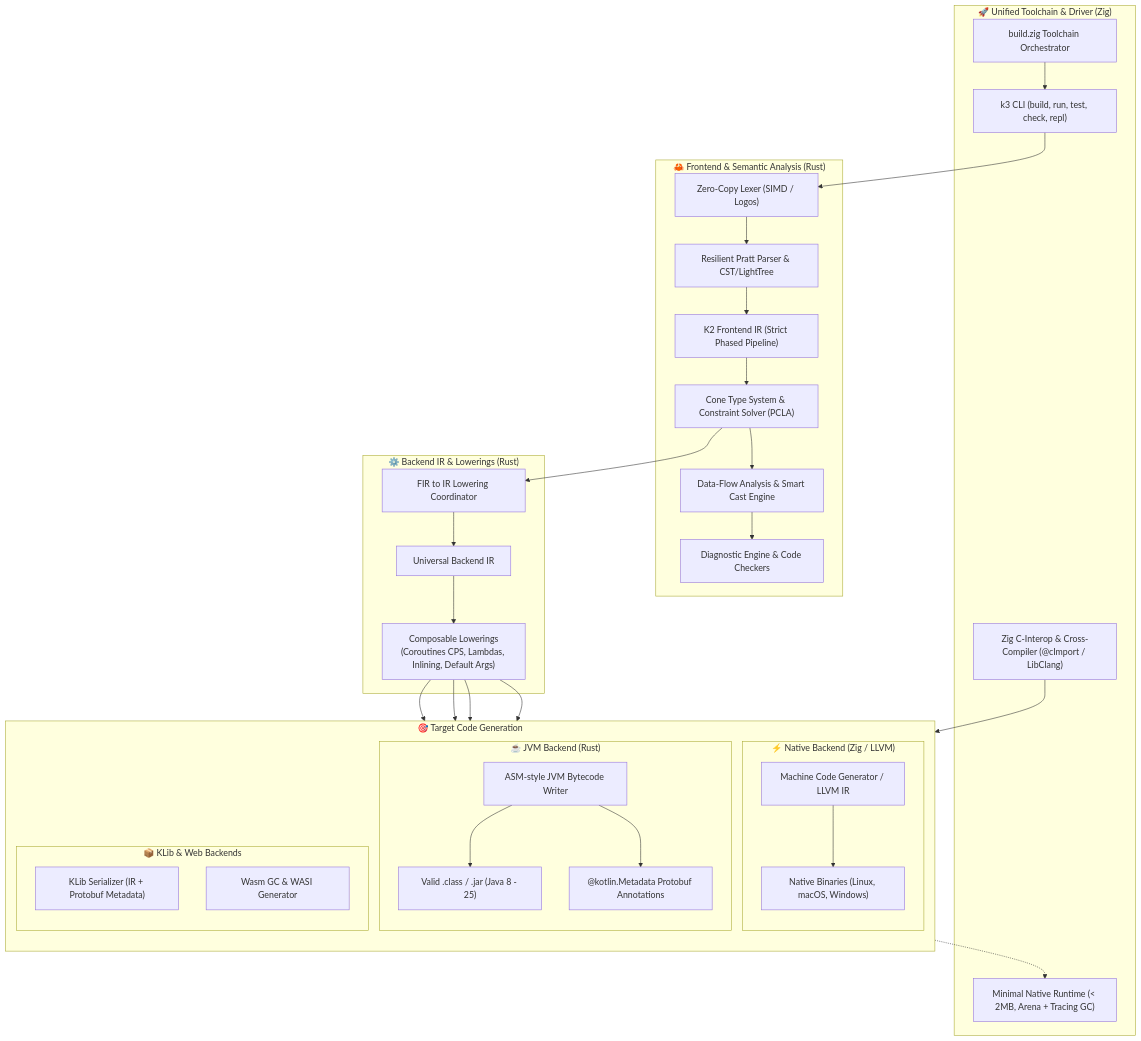
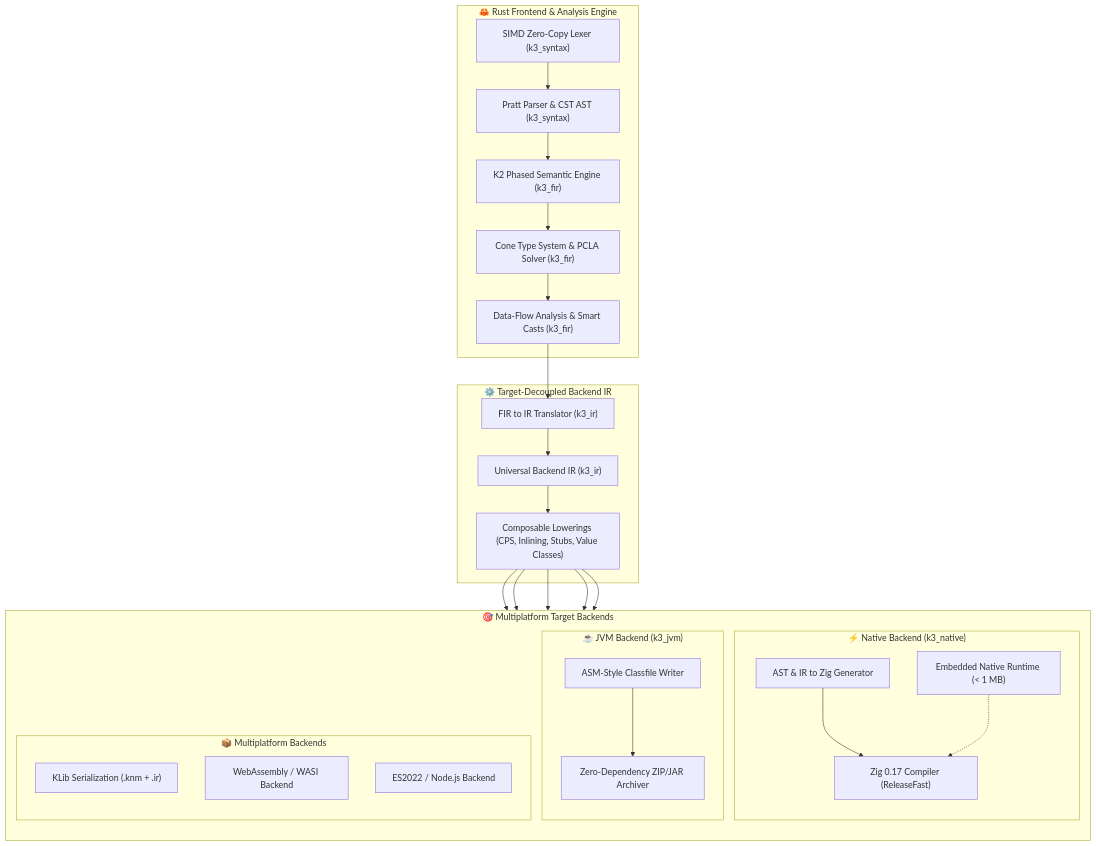
Before and after one commit to babar-xagi/kotlin3: the diagram in ROADMAP.md, drawn with Mermaid. The commit also changed other lines of this file and 3 other files, not shown here.

First line of the commit message:
docs: expand master engineering roadmap to 62 phases & add comprehensive user guide

````diff
--- a/ROADMAP.md
+++ b/ROADMAP.md
@@ -18,53 +20,42 @@
 ```mermaid
 flowchart TD
-    subgraph ToolchainDriver ["🚀 Unified Toolchain & Driver (Zig)"]
-        CLI["k3 CLI (build, run, test, check, repl)"]
-        ZigBuild["build.zig Toolchain Orchestrator"]
-        NativeRT["Minimal Native Runtime (< 2MB, Arena + Tracing GC)"]
-        CInterop["Zig C-Interop & Cross-Compiler (@cImport / LibClang)"]
+    subgraph Frontend ["🦀 Rust Frontend & Analysis Engine"]
+        SIMD["SIMD Zero-Copy Lexer (k3_syntax)"]
+        Parser["Pratt Parser & CST AST (k3_syntax)"]
+        FIR["K2 Phased Semantic Engine (k3_fir)"]
+        Cone["Cone Type System & PCLA Solver (k3_fir)"]
+        DFA["Data-Flow Analysis & Smart Casts (k3_fir)"]
     end
 
-    subgraph RustFrontend ["🦀 Frontend & Semantic Analysis (Rust)"]
-        Lexer["Zero-Copy Lexer (SIMD / Logos)"]
-        Parser["Resilient Pratt Parser & CST/LightTree"]
-        FIR["K2 Frontend IR (Strict Phased Pipeline)"]
-        ConeTypes["Cone Type System & Constraint Solver (PCLA)"]
-        DFA["Data-Flow Analysis & Smart Cast Engine"]
-        Diagnostics["Diagnostic Engine & Code Checkers"]
+    subgraph IRStage ["⚙️ Target-Decoupled Backend IR"]
+        FIR2IR["FIR to IR Translator (k3_ir)"]
+        CommonIR["Universal Backend IR (k3_ir)"]
+        Lowerings["Composable Lowerings (CPS, Inlining, Stubs, Value Classes)"]
     end
 
-    subgraph IRStage ["⚙️ Backend IR & Lowerings (Rust)"]
-        FIR2IR["FIR to IR Lowering Coordinator"]
-        CommonIR["Universal Backend IR"]
-        Lowerings["Composable Lowerings\n(Coroutines CPS, Lambdas, Inlining, Default Args)"]
-    end
-
-    subgraph Backends ["🎯 Target Code Generation"]
+    subgraph Targets ["🎯 Multiplatform Target Backends"]
         direction TB
-        subgraph JVM ["☕ JVM Backend (Rust)"]
-            JVMGen["ASM-style JVM Bytecode Writer"]
-            ClassOut["Valid .class / .jar (Java 8 - 25)"]
-            MetaOut["@kotlin.Metadata Protobuf Annotations"]
+        subgraph JVMTarget ["☕ JVM Backend (k3_jvm)"]
+            Bytecode["ASM-Style Classfile Writer"]
+            JARPacker["Zero-Dependency ZIP/JAR Archiver"]
         end
-        subgraph Native ["⚡ Native Backend (Zig / LLVM)"]
-            NativeGen["Machine Code Generator / LLVM IR"]
-            NativeBin["Native Binaries (Linux, macOS, Windows)"]
+        subgraph NativeTarget ["⚡ Native Backend (k3_native)"]
+            NativeGen["AST & IR to Zig Generator"]
+            ZigCompiler["Zig 0.17 Compiler (ReleaseFast)"]
+            EmbeddedRT["Embedded Native Runtime (< 1 MB)"]
         end
-        subgraph Multiplatform ["📦 KLib & Web Backends"]
-            KLibWriter["KLib Serializer (IR + Protobuf Metadata)"]
-            WasmGen["Wasm GC & WASI Generator"]
+        subgraph MultiplatformTarget ["📦 Multiplatform Backends"]
+            KLib["KLib Serialization (.knm + .ir)"]
+            Wasm["WebAssembly / WASI Backend"]
+            JS["ES2022 / Node.js Backend"]
         end
     end
 
-    CLI --> Lexer
-    Lexer --> Parser --> FIR --> ConeTypes --> DFA --> Diagnostics
-    ConeTypes --> FIR2IR --> CommonIR --> Lowerings
-    Lowerings --> JVMGen --> ClassOut
-    JVMGen --> MetaOut
-    Lowerings --> NativeGen --> NativeBin
-    NativeBin -.-> NativeRT
-    Lowerings --> KLibWriter
-    Lowerings --> WasmGen
-    ZigBuild --> CLI
-    CInterop --> NativeGen
+    SIMD --> Parser --> FIR --> Cone --> DFA --> FIR2IR --> CommonIR --> Lowerings
+    Lowerings --> Bytecode --> JARPacker
+    Lowerings --> NativeGen --> ZigCompiler
+    EmbeddedRT -.-> ZigCompiler
+    Lowerings --> KLib
+    Lowerings --> Wasm
+    Lowerings --> JS
 ```
````
